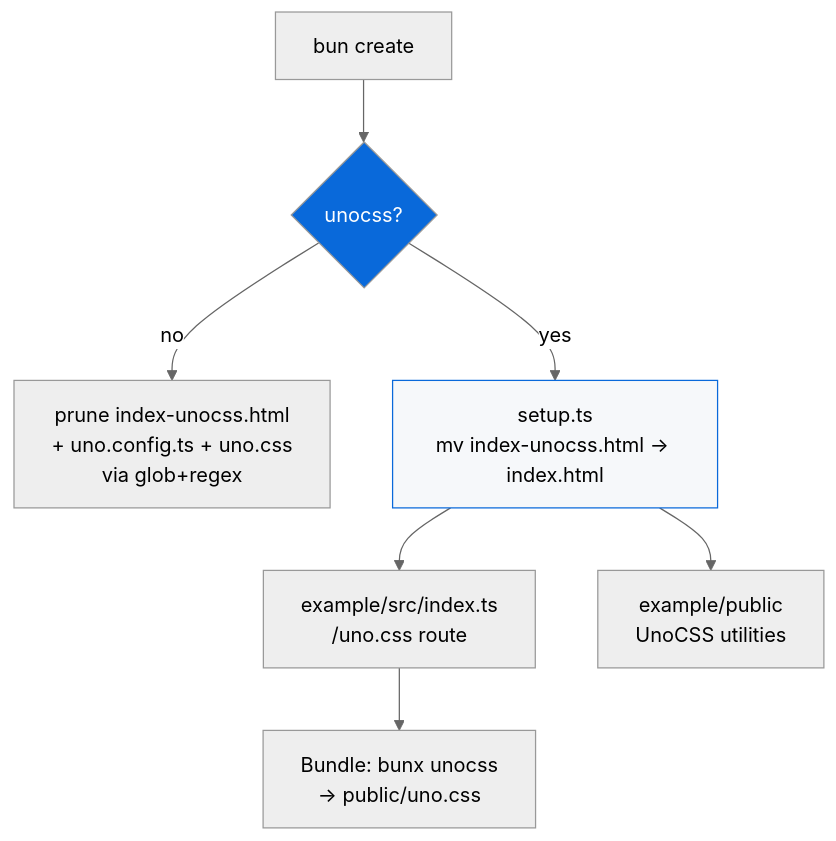
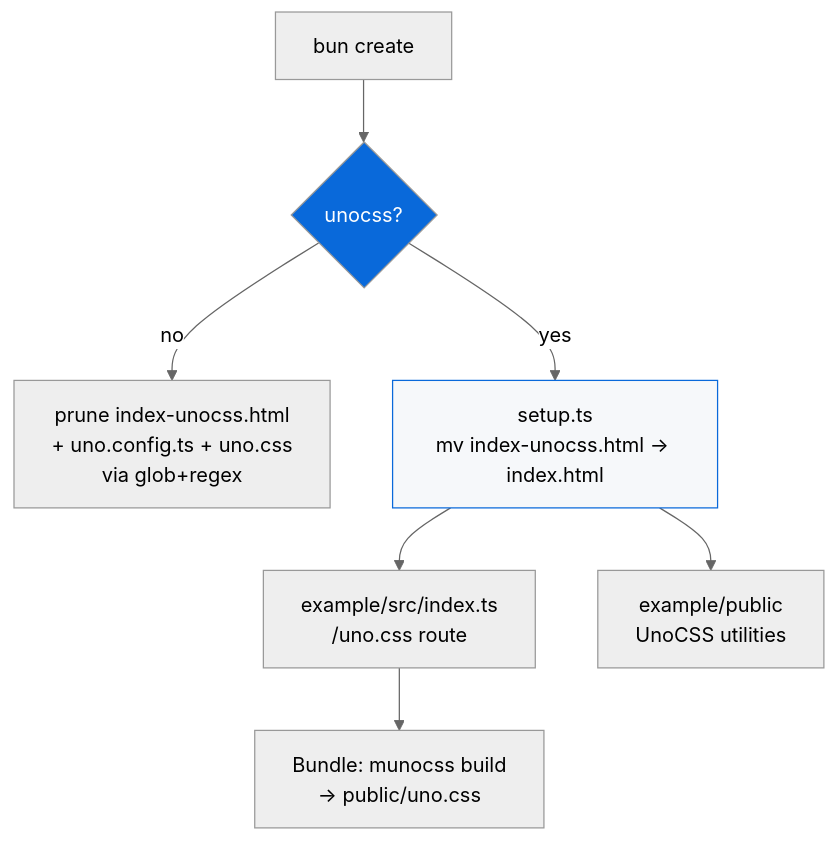
Before and after one commit to Archont561/ts-monorepo-template: the diagram in configs/unocss/README.md, drawn with Mermaid (neutral theme). The commit also changed other lines of this file and 12 other files, not shown here.

First line of the commit message:
feat(config): add munocss CLI so packages build CSS with a one-liner

````diff
--- a/configs/unocss/README.md
+++ b/configs/unocss/README.md
@@ -18,12 +19,12 @@
 ```mermaid
 graph TD
     A[bun create] --> B{unocss?}
     B -->|no| C[prune index-unocss.html<br/>+ uno.config.ts + uno.css<br/>via glob+regex]
     B -->|yes| D[setup.ts<br/>mv index-unocss.html → index.html]
     D --> E[example/src/index.ts<br/>/uno.css route]
     D --> F[example/public<br/>UnoCSS utilities]
-    E --> G[Bundle: bunx unocss<br/>→ public/uno.css]
+    E --> G[Bundle: munocss build<br/>→ public/uno.css]
 
     style B fill:#0969DA,color:#fff
     style D fill:#f6f8fa,stroke:#0969DA
 ```
````
